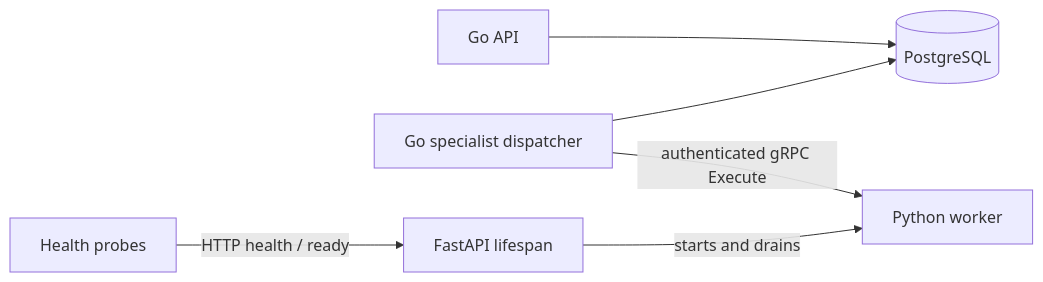
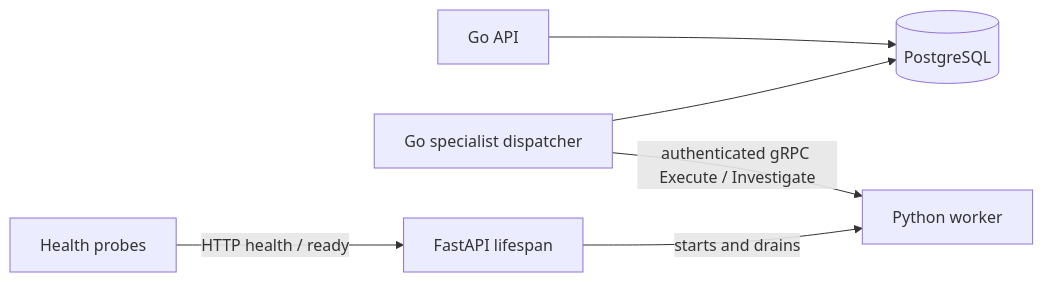
Before and after one commit to senthilnathang/aisoc: the diagram in services/python-worker/README.md, drawn with Mermaid. The commit also changed other lines of this file and 4 other files, not shown here.

Commit message:
Document REST and gRPC ownership, worker limits and developer workflow

````diff
--- a/services/python-worker/README.md
+++ b/services/python-worker/README.md
@@ -14,8 +14,8 @@
 ```mermaid
 flowchart LR
   API[Go API] --> DB[(PostgreSQL)]
   Dispatcher[Go specialist dispatcher] --> DB
-  Dispatcher -->|authenticated gRPC Execute| Python[Python worker]
+  Dispatcher -->|authenticated gRPC Execute / Investigate| Python[Python worker]
   FastAPI[FastAPI lifespan] -->|starts and drains| Python
   Monitor[Health probes] -->|HTTP health / ready| FastAPI
 ```
````
